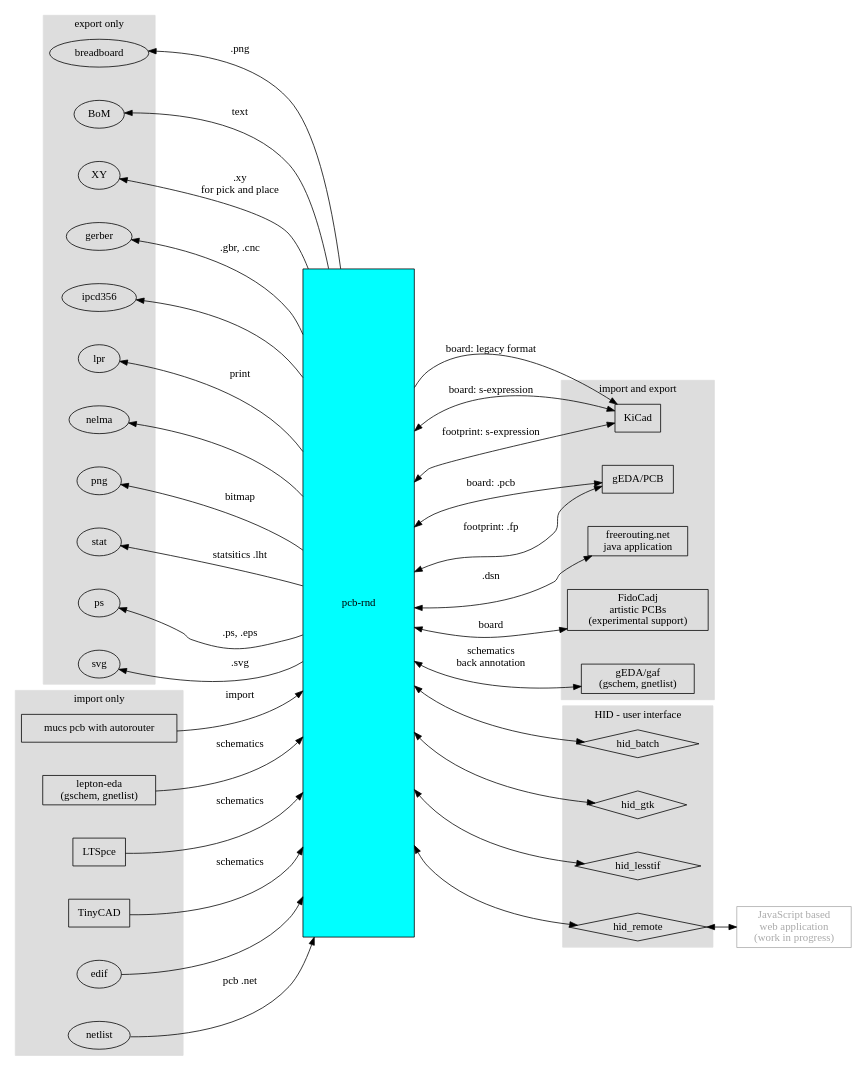
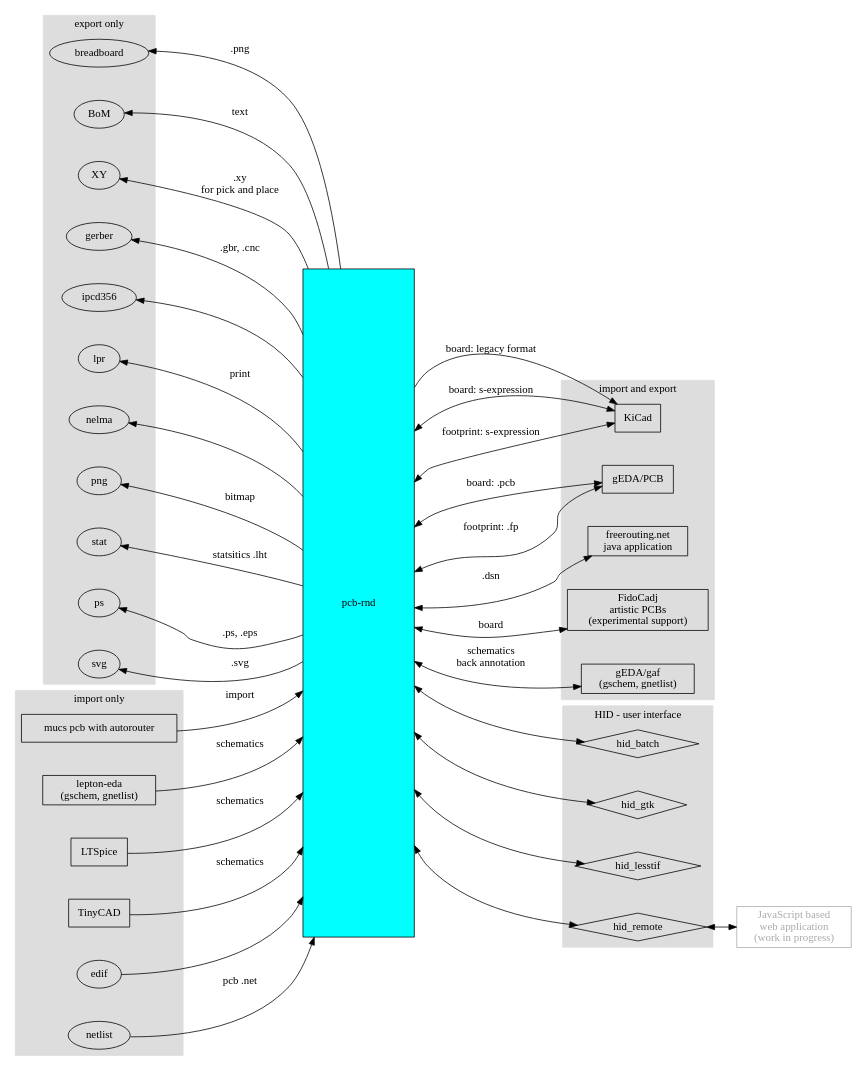
The diagram in doc/developer/bridges/bridges.dot (NoSuchProcess/pcb-rnd), drawn with Graphviz before and after one commit. The commit also changed 1 other file, not shown here.

```diff
--- a/doc/developer/bridges/bridges.dot
+++ b/doc/developer/bridges/bridges.dot
@@ -1,110 +1,110 @@
 digraph gr {
 	rankdir=LR
 	nodesep=0.6
 	
 	pcbrnd [label="pcb-rnd" style=filled fillcolor=cyan shape=box height=12 width=2]
 	kicad [label="KiCad" shape=box]
 	pcb [label="gEDA/PCB" shape=box]
 	freerouting [label="freerouting.net\njava application" shape=box]
 	mucs [label="mucs pcb with autorouter" shape=box]
 	gEDA [label="gEDA/gaf\n(gschem, gnetlist)" shape=box]
 	lepton [label="lepton-eda\n(gschem, gnetlist)" shape=box]
-	ltspice [label="LTSpce" shape=box]
+	ltspice [label="LTSpice" shape=box]
 	tinycad [label="TinyCAD" shape=box]
 	web [label="JavaScript based\nweb application\n(work in progress)" shape=box color="#aaaaaa" fontcolor="#aaaaaa"]
 	fidocadj [label="FidoCadj\nartistic PCBs\n(experimental support)" shape=box]
 
 
 	subgraph cluster_HID {
 		label = "HID - user interface"
 		style=filled
 		color="#dddddd"
 
 		batch   [label="hid_batch" shape=diamond]
 		gtk     [label="hid_gtk" shape=diamond]
 		lesstif [label="hid_lesstif" shape=diamond]
 		remote  [label="hid_remote" shape=diamond]
 	}
 
 	subgraph cluster_import {
 		label = "import only"
 		style=filled
 		color="#dddddd"
 
 		lepton
 		mucs
 		edif
 		ltspice
 		netlist
 		tinycad
 	}
 
 	subgraph cluster_export {
 		label = "export only"
 		style=filled
 		color="#dddddd"
 
 		breadboard
 		BoM
 		XY
 		gerber
 		ipcd356
 		lpr
 		nelma
 		png
 		ps
 		stat
 		svg
 	}
 
 	subgraph cluster_ie {
 		label = "import and export"
 		style=filled
 		color="#dddddd"
 
 		gEDA
 		kicad
 		pcb
 		freerouting
 		fidocadj
 	}
 
 	pcbrnd -> kicad [label="board: legacy format"]
 	pcbrnd -> kicad [label="board: s-expression" dir=both]
 	pcbrnd -> kicad [label="footprint: s-expression" dir=both]
 	pcbrnd -> fidocadj [label="board" dir=both]
 
 	pcbrnd -> pcb [label="board: .pcb" dir=both]
 	pcbrnd -> pcb [label="footprint: .fp" dir=both]
 
 	pcbrnd -> freerouting [label=".dsn" dir=both]
 	mucs -> pcbrnd [label="import"]
 
 	pcbrnd -> breadboard [label=".png"]
 	pcbrnd -> BoM [label="text"]
 	pcbrnd -> XY [label=".xy\nfor pick and place"]
 	pcbrnd -> gerber [label=".gbr, .cnc"]
 	pcbrnd -> ipcd356
 	pcbrnd -> lpr [label="print"]
 	pcbrnd -> nelma
 	pcbrnd -> png [label="bitmap"]
 	pcbrnd -> ps [label=".ps, .eps"]
 	pcbrnd -> stat [label="statsitics .lht"]
 	pcbrnd -> svg [label=".svg"]
 
 	edif -> pcbrnd
 	ltspice -> pcbrnd [label="schematics"]
 	netlist -> pcbrnd [label="pcb .net"]
 	lepton -> pcbrnd [label="schematics"]
 	gEDA -> pcbrnd [label="schematics\nback annotation" dir=both]
 	tinycad -> pcbrnd [label="schematics"]
 
 	pcbrnd -> batch [dir=both]
 	pcbrnd -> gtk [dir=both]
 	pcbrnd -> lesstif [dir=both]
 	pcbrnd -> remote [dir=both]
 
 	remote -> web [dir=both]
 
 	ps -> pcbrnd [weight=1000 style=invis]
 }
```
